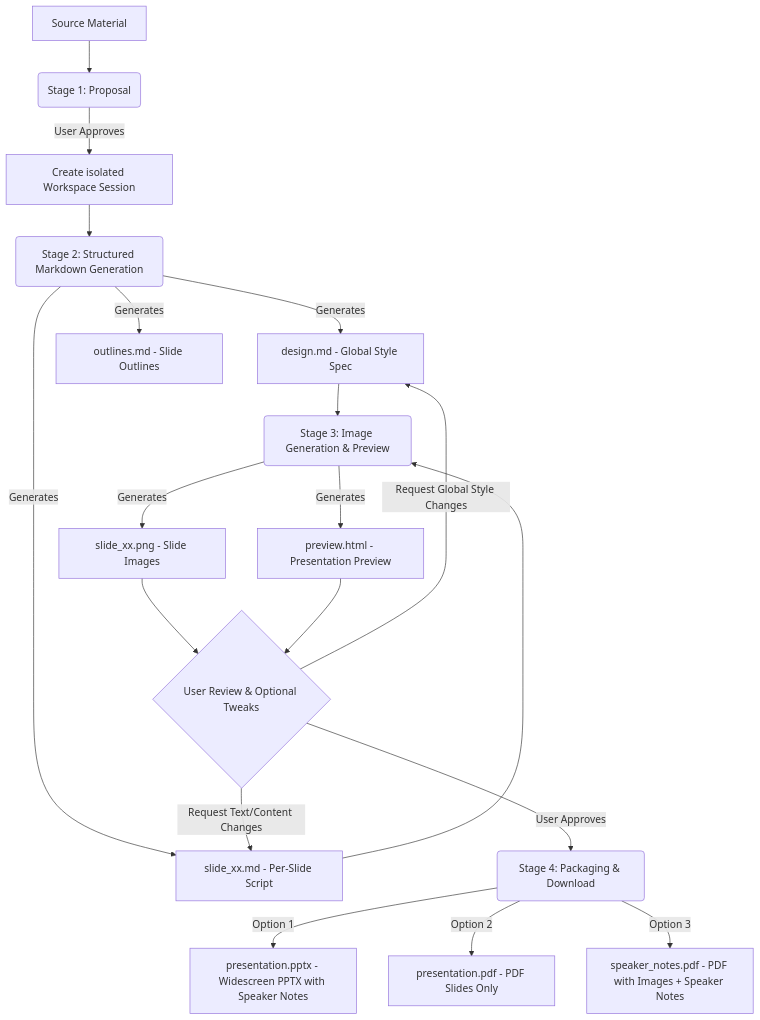
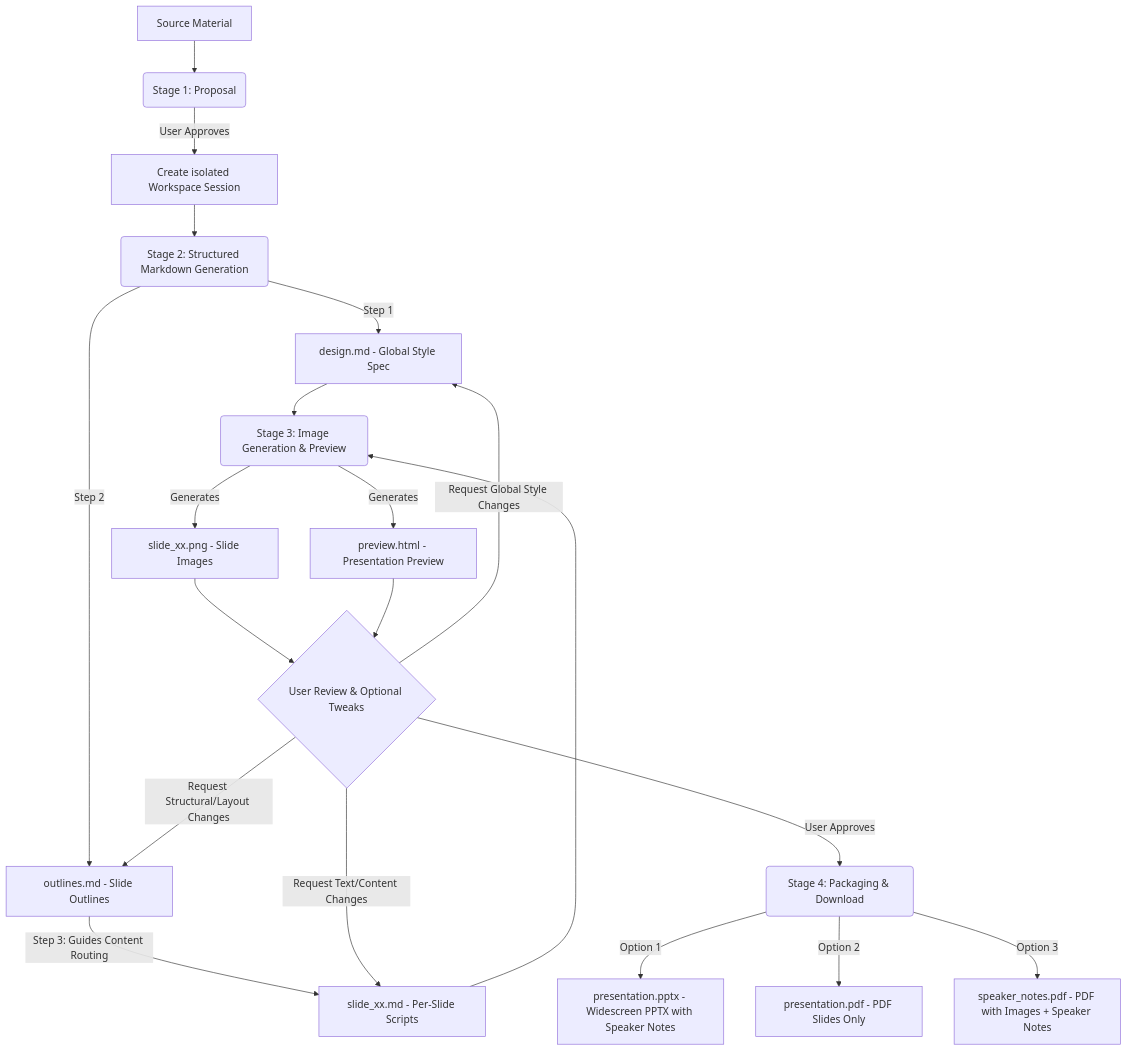
The diagram in README.md (sylphlin/slide-gen-agent), drawn with Mermaid before and after one commit. The commit also changed other lines of this file, not shown here.

Commit message:
docs: align README with Gemini image generation and fix sequential layout feedback loops

````diff
--- a/README.md
+++ b/README.md
@@ -15,24 +15,25 @@
 ```mermaid
 graph TD
     A[Source Material] --> B(Stage 1: Proposal)
     B -->|User Approves| C[Create isolated Workspace Session]
     C --> D(Stage 2: Structured Markdown Generation)
     
-    D -->|Generates| E1[design.md - Global Style Spec]
-    D -->|Generates| E2[outlines.md - Slide Outlines]
-    D -->|Generates| E3[slide_xx.md - Per-Slide Script]
+    D -->|Step 1| E1[design.md - Global Style Spec]
+    D -->|Step 2| E2[outlines.md - Slide Outlines]
+    E2 -->|Step 3: Guides Content Routing| E3[slide_xx.md - Per-Slide Scripts]
     
     E1 & E3 --> F(Stage 3: Image Generation & Preview)
     F -->|Generates| G1[slide_xx.png - Slide Images]
     F -->|Generates| G2[preview.html - Presentation Preview]
     
     G1 & G2 --> H{User Review & Optional Tweaks}
     
     H -->|Request Text/Content Changes| E3
+    H -->|Request Structural/Layout Changes| E2
     H -->|Request Global Style Changes| E1
     
     H -->|User Approves| I(Stage 4: Packaging & Download)
     I -->|Option 1| J[presentation.pptx - Widescreen PPTX with Speaker Notes]
     I -->|Option 2| K[presentation.pdf - PDF Slides Only]
     I -->|Option 3| L[speaker_notes.pdf - PDF with Images + Speaker Notes]
 ```
````
